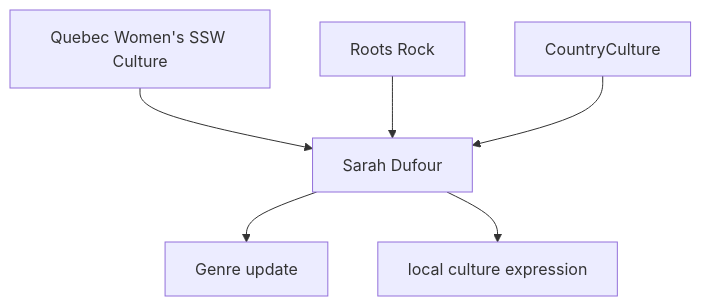
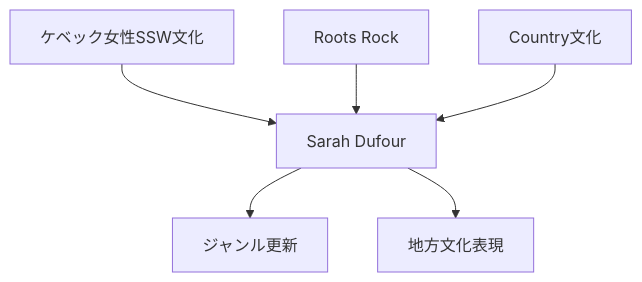
Before and after one commit to monumental-movement/monumental-movement.github.io: the sixth of 9 diagrams in en/_posts/2026-05-09-column-sarah-dufour.md, drawn with Mermaid. The commit also changed other lines of this file and 2196 other files, not shown here.

```diff
--- a/en/_posts/2026-05-09-column-sarah-dufour.md
+++ b/en/_posts/2026-05-09-column-sarah-dufour.md
@@ -257,9 +257,9 @@
 <div class="mermaid">
 graph TD
-A[Quebec Women's SSW Culture] --> D[Sarah Dufour]
+A[ケベック女性SSW文化] --> D[Sarah Dufour]
 B[Roots Rock] --> D
-C[CountryCulture] --> D
+C[Country文化] --> D
 
-D --> E[Genre update]
-D --> F[local culture expression]
+D --> E[ジャンル更新]
+D --> F[地方文化表現]
 </div>
```
